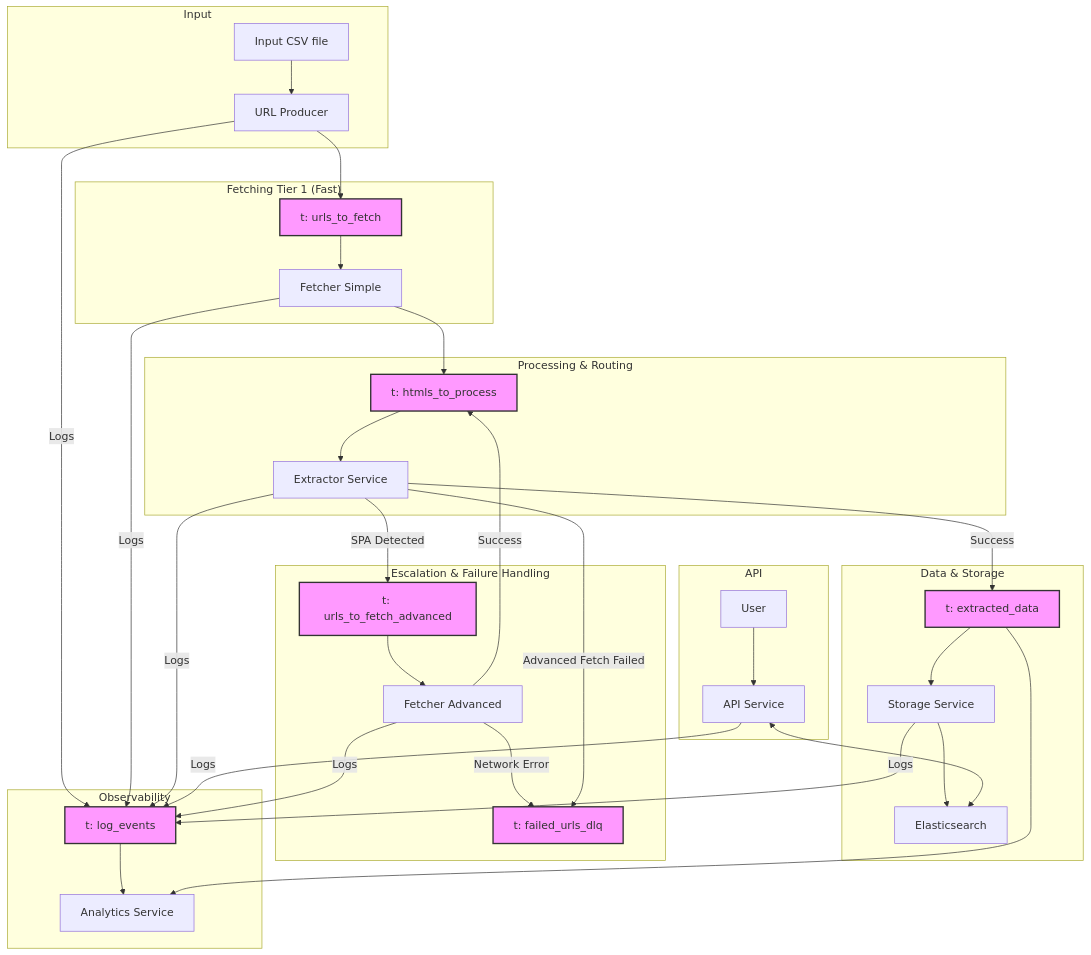
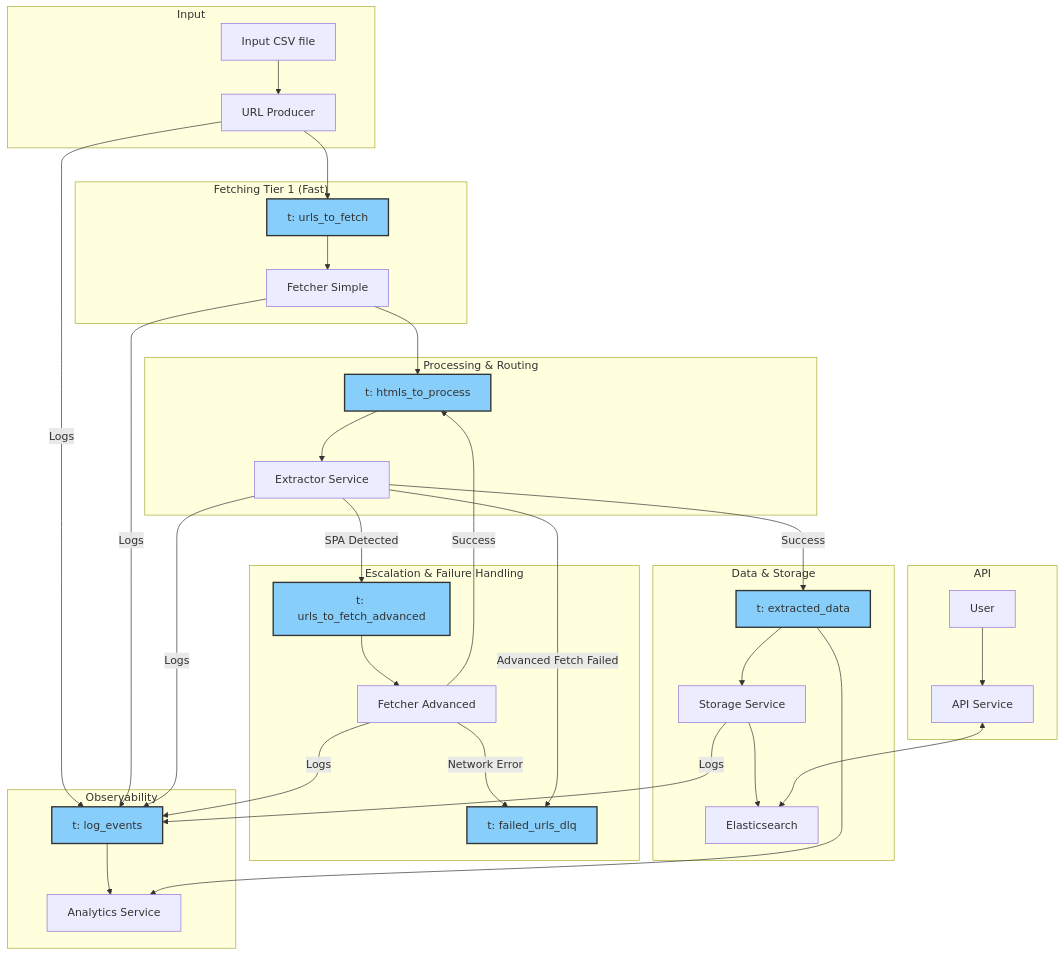
One commit to alindragut/web_scraper changed the diagram in README.md. Above: the diagram before and after it, drawn with Mermaid.

Commit message:
Make mermaid graph more readable

````diff
--- a/README.md
+++ b/README.md
@@ -24,58 +24,57 @@
 ```mermaid
 graph TD
     subgraph "Input"
         A[Input CSV file] --> B[URL Producer];
     end
 
     B --> C[t: urls_to_fetch];
 
     subgraph "Fetching Tier 1 (Fast)"
         C --> D[Fetcher Simple];
     end
 
     D --> E[t: htmls_to_process];
 
     subgraph "Processing & Routing"
         E --> F[Extractor Service];
     end
 
     subgraph "Data & Storage"
         F -- Success --> G[t: extracted_data];
         G --> H[Storage Service];
         H --> I[Elasticsearch];
     end
 
     subgraph "Escalation & Failure Handling"
         F -- SPA Detected --> J[t: urls_to_fetch_advanced];
         J --> K[Fetcher Advanced];
         K -- Success --> E;
         K -- Network Error --> L[t: failed_urls_dlq];
         F -- Advanced Fetch Failed --> L;
     end
     
     subgraph "API"
         M[API Service] <--> I;
         N[User] --> M;
     end
 
     subgraph "Observability"
         O[t: log_events] --> P[Analytics Service];
         G --> P;
     end
     
     %% Connections for Logging
     B -- Logs --> O;
     D -- Logs --> O;
     F -- Logs --> O;
     H -- Logs --> O;
     K -- Logs --> O;
-    M -- Logs --> O;
     
     %% Style definitions for Kafka Topics
-    style C fill:#f9f,stroke:#333,stroke-width:2px;
-    style E fill:#f9f,stroke:#333,stroke-width:2px;
-    style G fill:#f9f,stroke:#333,stroke-width:2px;
-    style J fill:#f9f,stroke:#333,stroke-width:2px;
-    style L fill:#f9f,stroke:#333,stroke-width:2px;
-    style O fill:#f9f,stroke:#333,stroke-width:2px;
+    style C fill:#87CEFA,stroke:#333,stroke-width:2px;
+    style E fill:#87CEFA,stroke:#333,stroke-width:2px;
+    style G fill:#87CEFA,stroke:#333,stroke-width:2px;
+    style J fill:#87CEFA,stroke:#333,stroke-width:2px;
+    style L fill:#87CEFA,stroke:#333,stroke-width:2px;
+    style O fill:#87CEFA,stroke:#333,stroke-width:2px;
 ```
````
